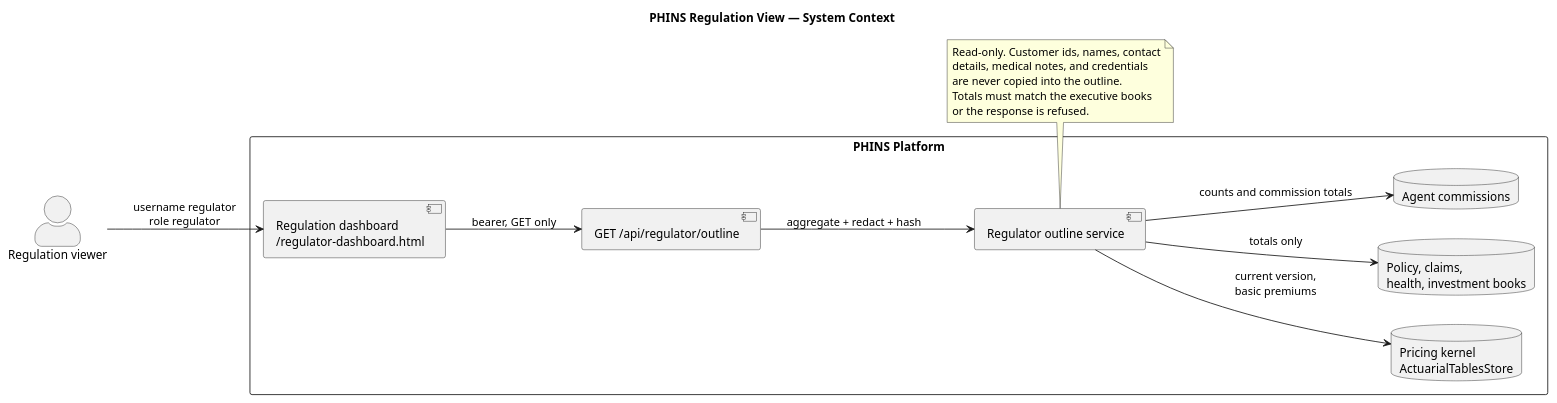
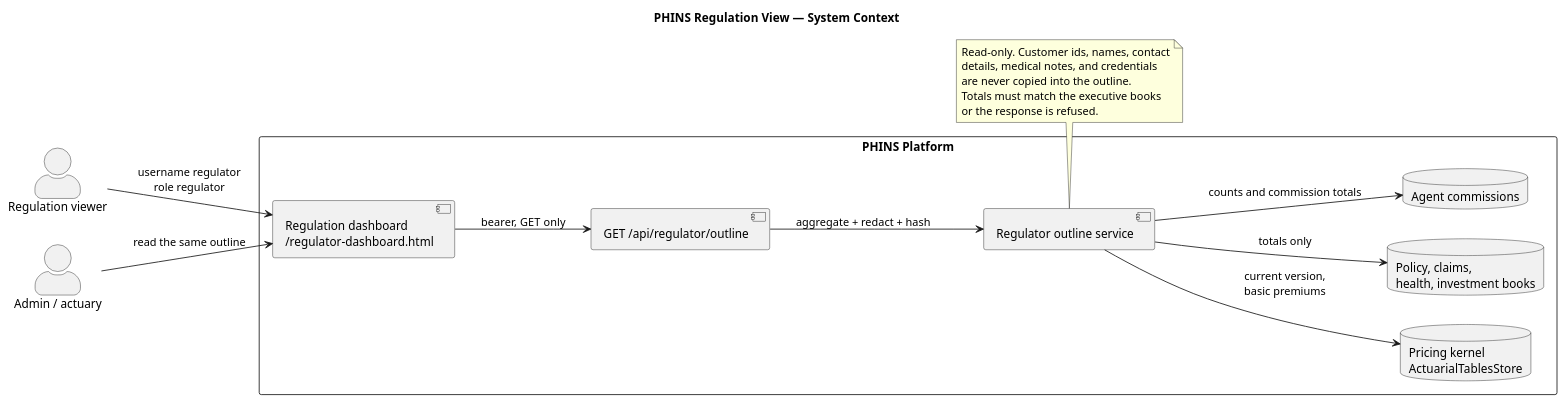
Before and after one commit to ashuryasaf/phins: the first of 4 diagrams in docs/uml/regulator_view.puml, drawn with PlantUML. The commit also changed other lines of this file and 10 other files, not shown here.

First line of the commit message:
Keep a solved login check and open the regulation view to admin and actuary.

```diff
--- a/docs/uml/regulator_view.puml
+++ b/docs/uml/regulator_view.puml
@@ -12,32 +12,34 @@
 @startuml regulator_view_context
 title PHINS Regulation View — System Context
 
 left to right direction
 skinparam actorStyle awesome
 
 actor "Regulation viewer" as Regulator
+actor "Admin / actuary" as Staff
 
 rectangle "PHINS Platform" {
   component "Regulation dashboard\n/regulator-dashboard.html" as Dash
   component "GET /api/regulator/outline" as API
   component "Regulator outline service" as Svc
   database "Pricing kernel\nActuarialTablesStore" as Kernel
   database "Policy, claims,\nhealth, investment books" as Books
   database "Agent commissions" as Agents
 }
 
 Regulator --> Dash : username regulator\nrole regulator
+Staff --> Dash : read the same outline
 Dash --> API : bearer, GET only
 API --> Svc : aggregate + redact + hash
 Svc --> Kernel : current version,\nbasic premiums
 Svc --> Books : totals only
 Svc --> Agents : counts and commission totals
 
 note bottom of Svc
   Read-only. Customer ids, names, contact
   details, medical notes, and credentials
   are never copied into the outline.
   Totals must match the executive books
   or the response is refused.
 end note
 @enduml
```
